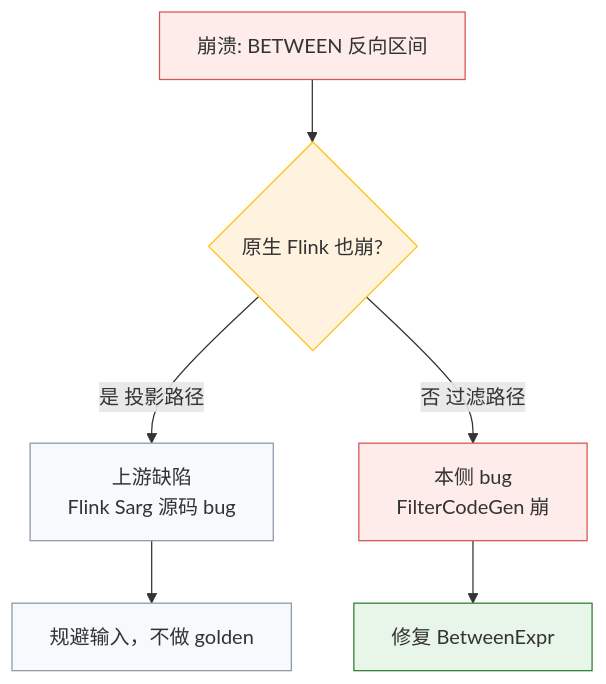
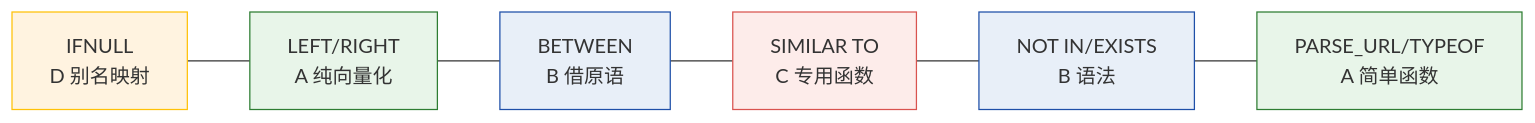
The fifth of 13 diagrams in manuscript.md (int2t05/internship), drawn with Mermaid before and after one commit. The commit also changed other lines of this file and 11 other files, not shown here.

First line of the commit message:
manuscript: 表达式两页合并 + mermaid 专业化 + 配文凝练

````diff
--- a/manuscript.md
+++ b/manuscript.md
@@ -254,16 +232,16 @@
 ```mermaid
-flowchart TD
-    B["崩溃: BETWEEN 反向区间"] --> V{原生 Flink 也崩?}
-    V -->|是 投影路径| U["上游缺陷<br/>Flink Sarg 源码 bug"]
-    V -->|否 过滤路径| N["本侧 bug<br/>FilterCodeGen 崩"]
-    U --> R1["规避输入，不做 golden"]
-    N --> R2["修复 BetweenExpr"]
-    classDef bug fill:#FDECEA,stroke:#D9534F
-    classDef dec fill:#FFF3E0,stroke:#FFC107
-    classDef up fill:#F7F9FC,stroke:#8B97A8
-    classDef fix fill:#E8F5E9,stroke:#2E7D32
-    class B,N bug
-    class V dec
-    class U,R1 up
-    class R2 fix
+flowchart LR
+    A["IFNULL<br/>D 别名映射"] --- B["LEFT/RIGHT<br/>A 纯向量化"]
+    B --- C["BETWEEN<br/>B 借原语"]
+    C --- D["SIMILAR TO<br/>C 专用函数"]
+    D --- E["NOT IN/EXISTS<br/>B 语法"]
+    E --- F["PARSE_URL/TYPEOF<br/>A 简单函数"]
+    classDef d fill:#FFF3E0,stroke:#FFC107
+    classDef a fill:#E8F5E9,stroke:#2E7D32
+    classDef b fill:#E8EFF8,stroke:#1E4FA8
+    classDef c fill:#FDECEA,stroke:#D9534F
+    class A d
+    class B,F a
+    class C,E b
+    class D c
 ```
````
